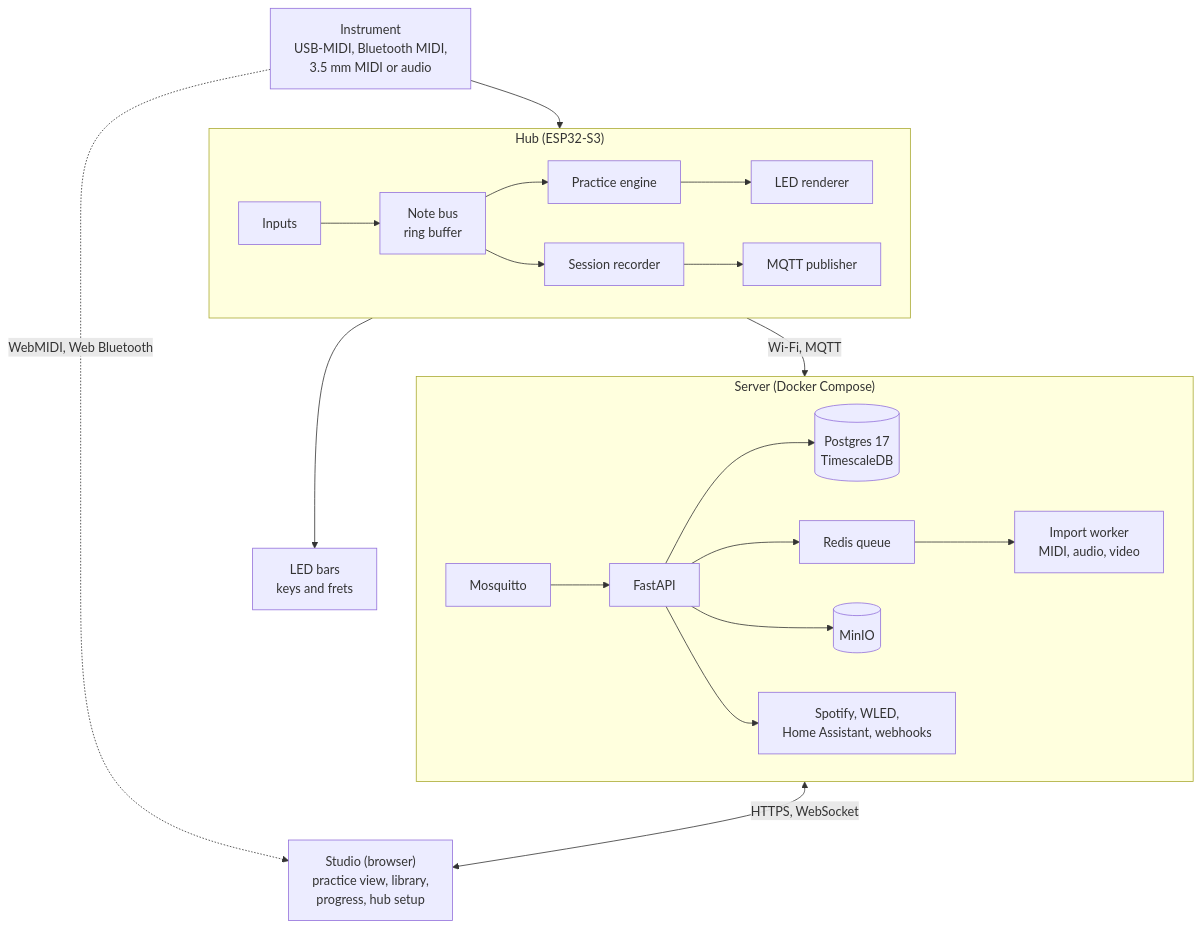
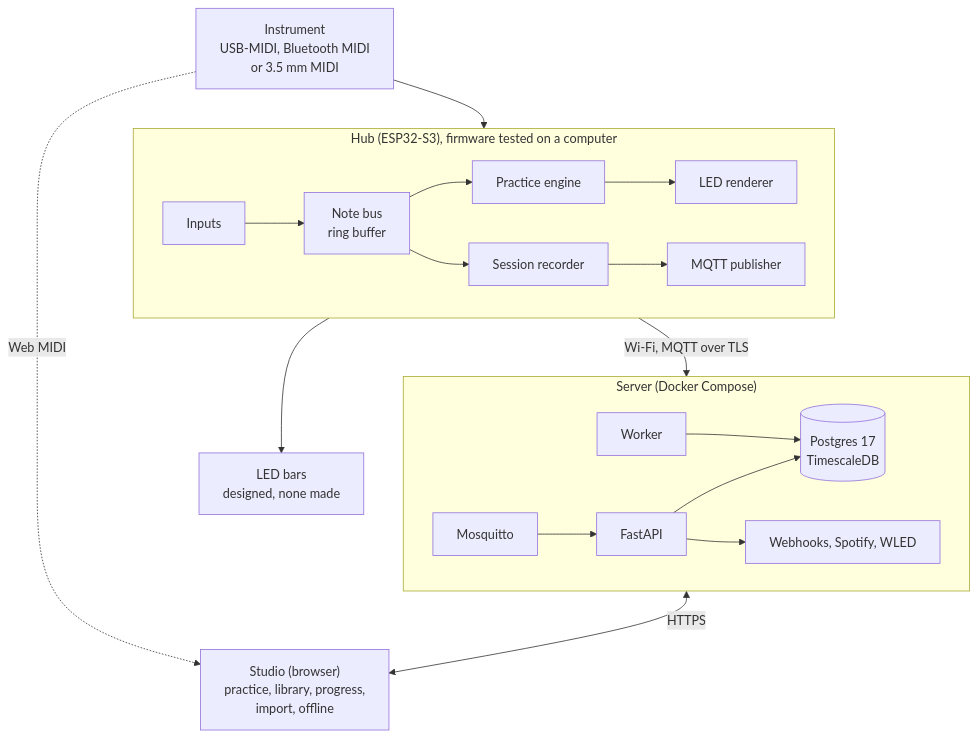
The first of 2 diagrams in architecture.md (melophos/docs), drawn with Mermaid before and after one commit. The commit also changed other lines of this file and 14 other files, not shown here.

````diff
--- a/architecture.md
+++ b/architecture.md
@@ -7,27 +7,26 @@
 ```mermaid
 flowchart TB
-    INST["Instrument<br/>USB-MIDI, Bluetooth MIDI,<br/>3.5 mm MIDI or audio"]
+    INST["Instrument<br/>USB-MIDI, Bluetooth MIDI<br/>or 3.5 mm MIDI"]
 
-    subgraph HUB["Hub (ESP32-S3)"]
+    subgraph HUB["Hub (ESP32-S3), firmware tested on a computer"]
         direction LR
         INPUTS["Inputs"] --> BUS["Note bus<br/>ring buffer"]
         BUS --> ENGINE["Practice engine"] --> RENDER["LED renderer"]
         BUS --> REC["Session recorder"] --> PUB["MQTT publisher"]
     end
 
     INST --> INPUTS
-    RENDER --> BARS["LED bars<br/>keys and frets"]
+    RENDER --> BARS["LED bars<br/>designed, none made"]
 
     subgraph SERVER["Server (Docker Compose)"]
         direction LR
         MQTT["Mosquitto"] --> API["FastAPI"]
         API --> DB[("Postgres 17<br/>TimescaleDB")]
-        API --> REDIS["Redis queue"] --> WORKER["Import worker<br/>MIDI, audio, video"]
-        API --> MINIO[("MinIO")]
-        API --> INT["Spotify, WLED,<br/>Home Assistant, webhooks"]
+        WORKER["Worker"] --> DB
+        API --> INT["Webhooks, Spotify, WLED"]
     end
 
-    PUB -- "Wi-Fi, MQTT" --> MQTT
-    API <-- "HTTPS, WebSocket" --> STUDIO["Studio (browser)<br/>practice view, library,<br/>progress, hub setup"]
-    INST -. "WebMIDI, Web Bluetooth" .-> STUDIO
+    PUB -- "Wi-Fi, MQTT over TLS" --> MQTT
+    API <-- "HTTPS" --> STUDIO["Studio (browser)<br/>practice, library, progress,<br/>import, offline"]
+    INST -. "Web MIDI" .-> STUDIO
 ```
````
